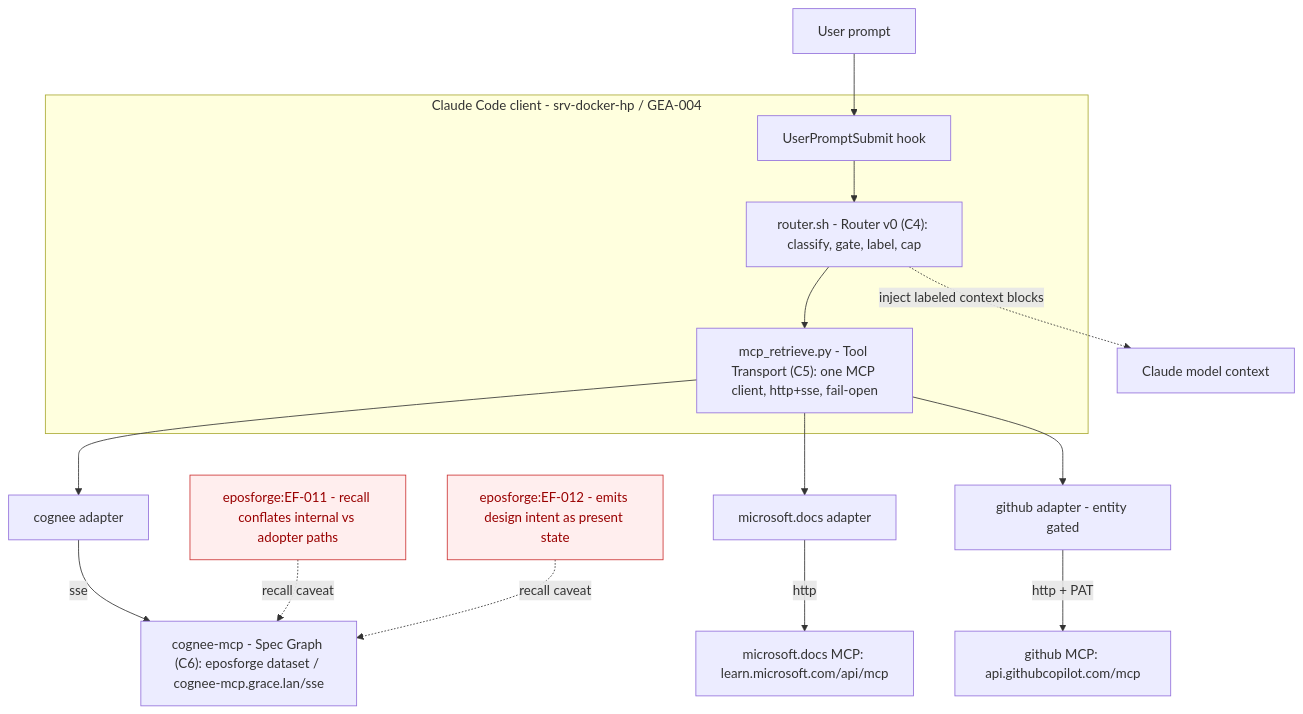
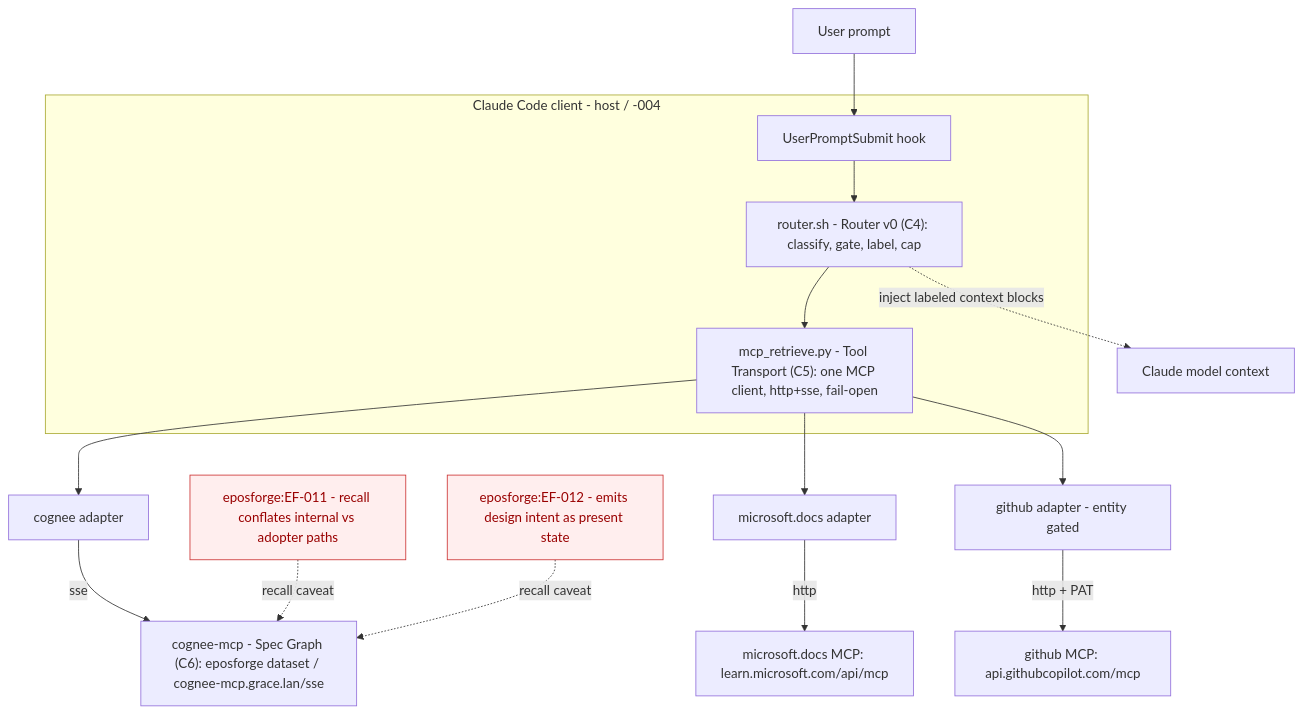
The diagram in docs/cognee-rag-hook-architecture.mmd (eposforge/eposforge), drawn with Mermaid before and after one commit. The commit also changed 242 other files, not shown here.

First line of the commit message:
backlog(EF-059/060): adopt uniform .eposforge container + reference updates (framework)

```diff
--- a/docs/cognee-rag-hook-architecture.mmd
+++ b/docs/cognee-rag-hook-architecture.mmd
@@ -1,26 +1,26 @@
 %% Client-side Router v0 augmentation shim - architecture
 %% Plan: cognee-rag-hook-plan.md
-%% Backlog: GEA-004 (instance) / eposforge:EF-013 (pattern)
+%% Backlog: <adopter-ID>-004 (instance) / eposforge:EF-013 (pattern)
 flowchart TB
     U["User prompt"] --> UP["UserPromptSubmit hook"]
 
-    subgraph SHIM["Claude Code client - srv-docker-hp / GEA-004"]
+    subgraph SHIM["Claude Code client - host / <adopter-ID>-004"]
         UP --> R["router.sh - Router v0 (C4): classify, gate, label, cap"]
         R --> T["mcp_retrieve.py - Tool Transport (C5): one MCP client, http+sse, fail-open"]
     end
 
     T --> CGA["cognee adapter"]
     T --> MSA["microsoft.docs adapter"]
     T --> GHA["github adapter - entity gated"]
 
     CGA -->|sse| COG["cognee-mcp - Spec Graph (C6): eposforge dataset / cognee-mcp.grace.lan/sse"]
     MSA -->|http| MSS["microsoft.docs MCP: learn.microsoft.com/api/mcp"]
     GHA -->|http + PAT| GHS["github MCP: api.githubcopilot.com/mcp"]
 
     R -.->|inject labeled context blocks| L["Claude model context"]
 
     EF011["eposforge:EF-011 - recall conflates internal vs adopter paths"] -. recall caveat .-> COG
     EF012["eposforge:EF-012 - emits design intent as present state"] -. recall caveat .-> COG
 
     classDef blocker fill:#fee,stroke:#c33,color:#900;
     class EF011,EF012 blocker;
```
